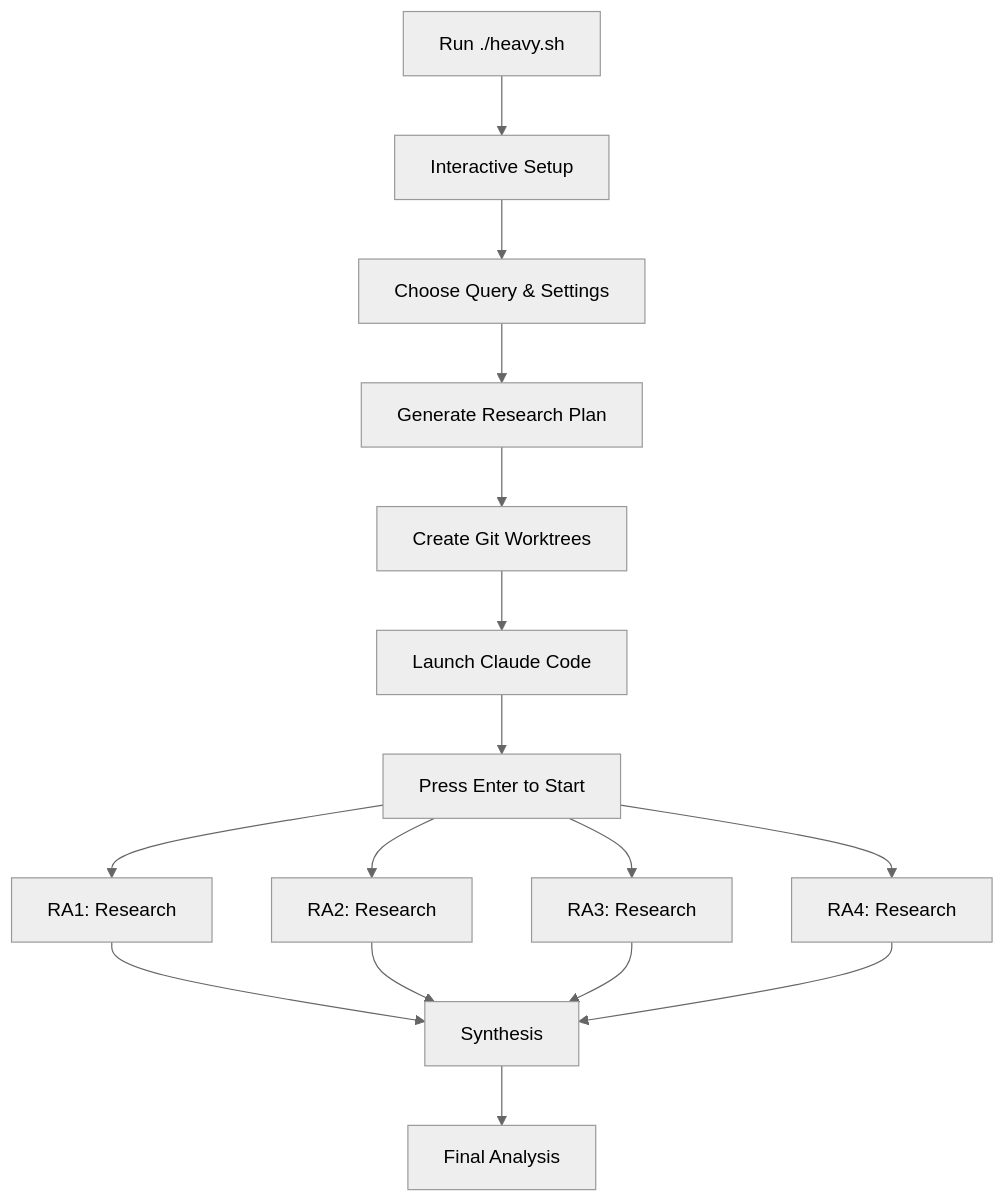
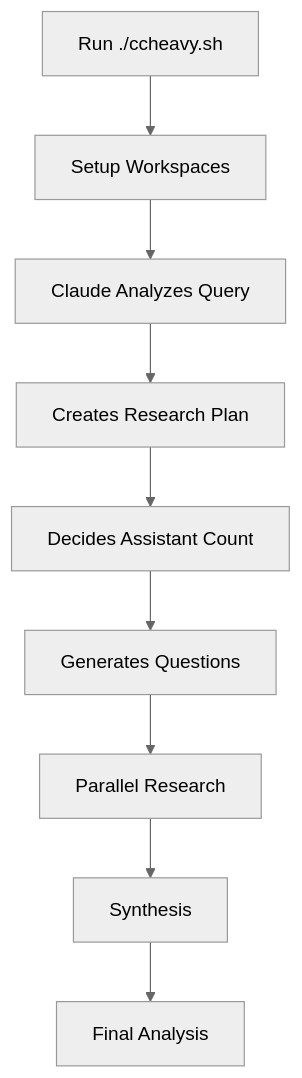
Before and after one commit to LionGab/Lion: the diagram in README.md, drawn with Mermaid (neutral theme). The commit also changed other lines of this file and 11 other files, not shown here.

````diff
--- a/README.md
+++ b/README.md
@@ -47,18 +46,11 @@
 ```mermaid
 graph TD
-    A[Run ./heavy.sh] --> B[Interactive Setup]
-    B --> C[Choose Query & Settings]
-    C --> D[Generate Research Plan]
-    D --> E[Create Git Worktrees]
-    E --> F[Launch Claude Code]
-    F --> G[Press Enter to Start]
-    G --> H[RA1: Research]
-    G --> I[RA2: Research]
-    G --> J[RA3: Research]
-    G --> K[RA4: Research]
-    H --> L[Synthesis]
-    I --> L
-    J --> L
-    K --> L
-    L --> M[Final Analysis]
+    A[Run ./ccheavy.sh] --> B[Setup Workspaces]
+    B --> C[Claude Analyzes Query]
+    C --> D[Creates Research Plan]
+    D --> E[Decides Assistant Count]
+    E --> F[Generates Questions]
+    F --> G[Parallel Research]
+    G --> H[Synthesis]
+    H --> I[Final Analysis]
 ```
````
